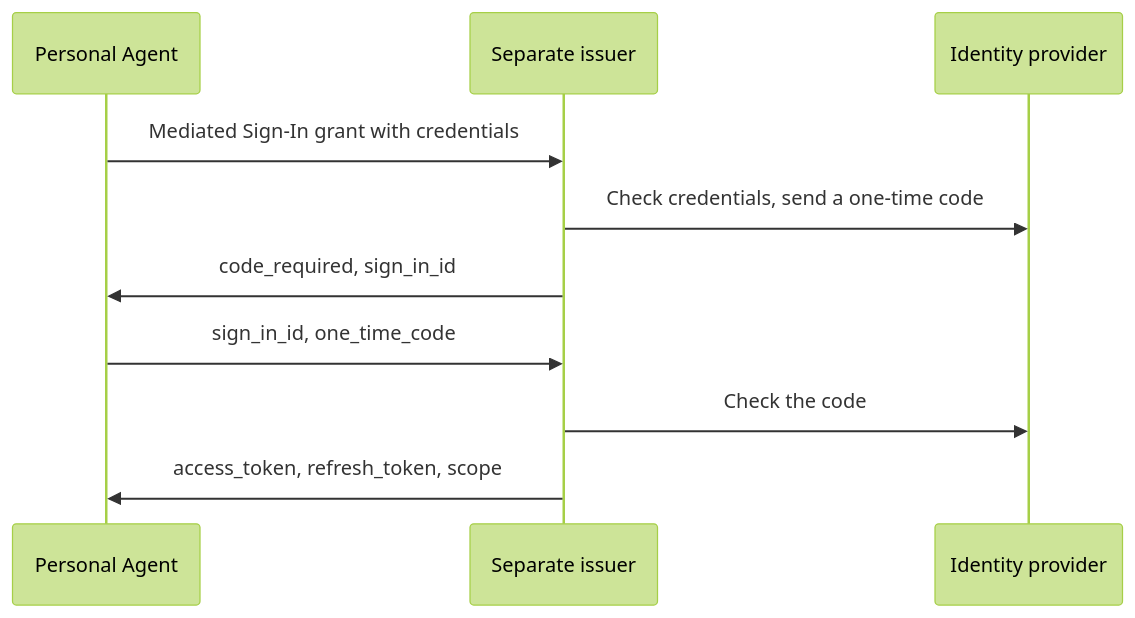
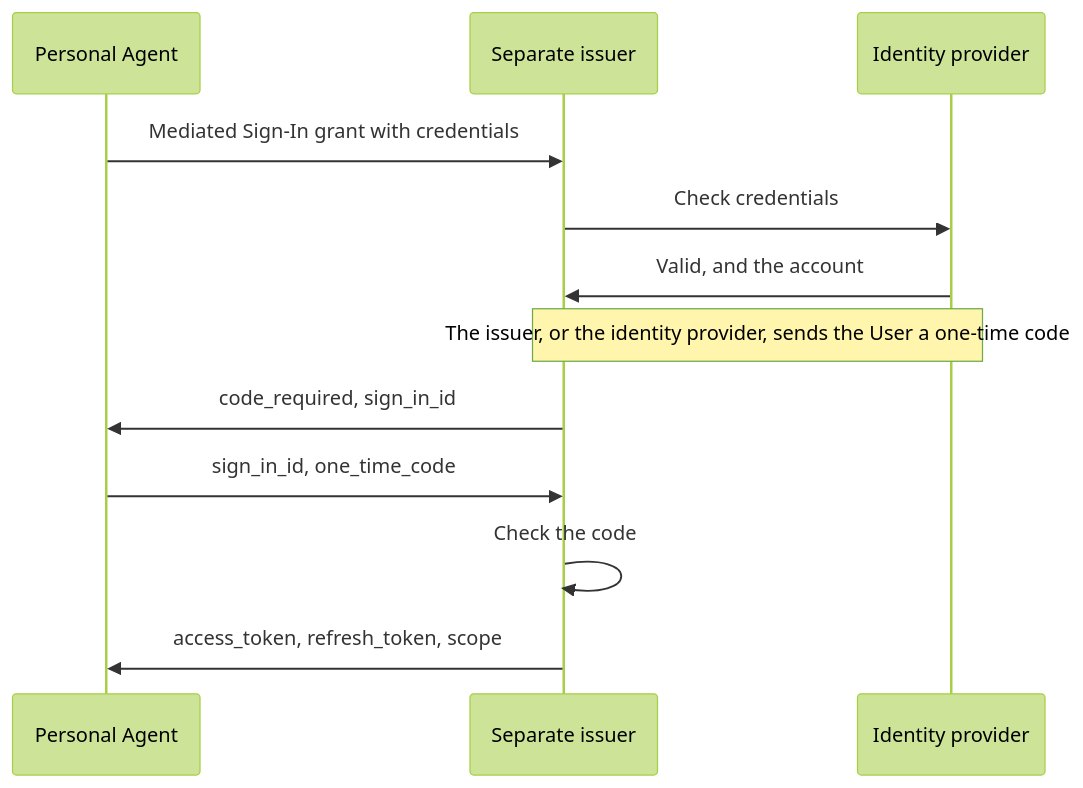
Before and after one commit to gaokevin1/personal-agent-protocol: the sixth of 7 diagrams in kit/company/patterns/identity-provider.md, drawn with Mermaid (forest theme). The commit also changed other lines of this file and 1 other file, not shown here.

First line of the commit message:
Let the separate issuer sign Users in itself, and fix the Mediated Sign-In flow

````diff
--- a/kit/company/patterns/identity-provider.md
+++ b/kit/company/patterns/identity-provider.md
@@ -152,12 +155,14 @@
 ```mermaid
 sequenceDiagram
   participant PA as Personal Agent
   participant AS as Separate issuer
   participant IdP as Identity provider
   PA->>AS: Mediated Sign-In grant with credentials
-  AS->>IdP: Check credentials, send a one-time code
+  AS->>IdP: Check credentials
+  IdP->>AS: Valid, and the account
+  Note over AS,IdP: The issuer, or the identity provider, sends the User a one-time code
   AS->>PA: code_required, sign_in_id
   PA->>AS: sign_in_id, one_time_code
-  AS->>IdP: Check the code
+  AS->>AS: Check the code
   AS->>PA: access_token, refresh_token, scope
 ```
````
